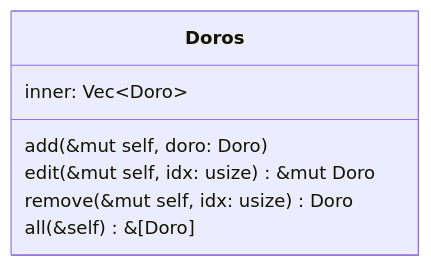
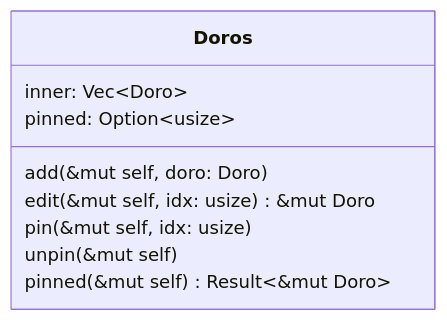
One commit to huangjj27/huangjj27.github.io changed the second of 4 diagrams in src/pomo_doro/doro.md. Above: the diagram before and after it, drawn with Mermaid. The commit also changed other lines of this file, not shown here.

Commit message:
sprint-0.0.4(doro): 简化 Doro 与置顶的设计

````diff
--- a/src/pomo_doro/doro.md
+++ b/src/pomo_doro/doro.md
@@ -32,11 +33,13 @@
 ```mermaid
 classDiagram
 
     class Doros {
         inner: Vec~Doro~
+        pinned: Option~usize~
         add(&mut self, doro: Doro)
         edit(&mut self, idx: usize) &mut Doro
-        remove(&mut self, idx: usize) Doro
-        all(&self) &[Doro]
+        pin(&mut self, idx: usize)
+        unpin(&mut self)
+        pinned(&mut self) Result~&mut Doro~
     }
 ```
````
